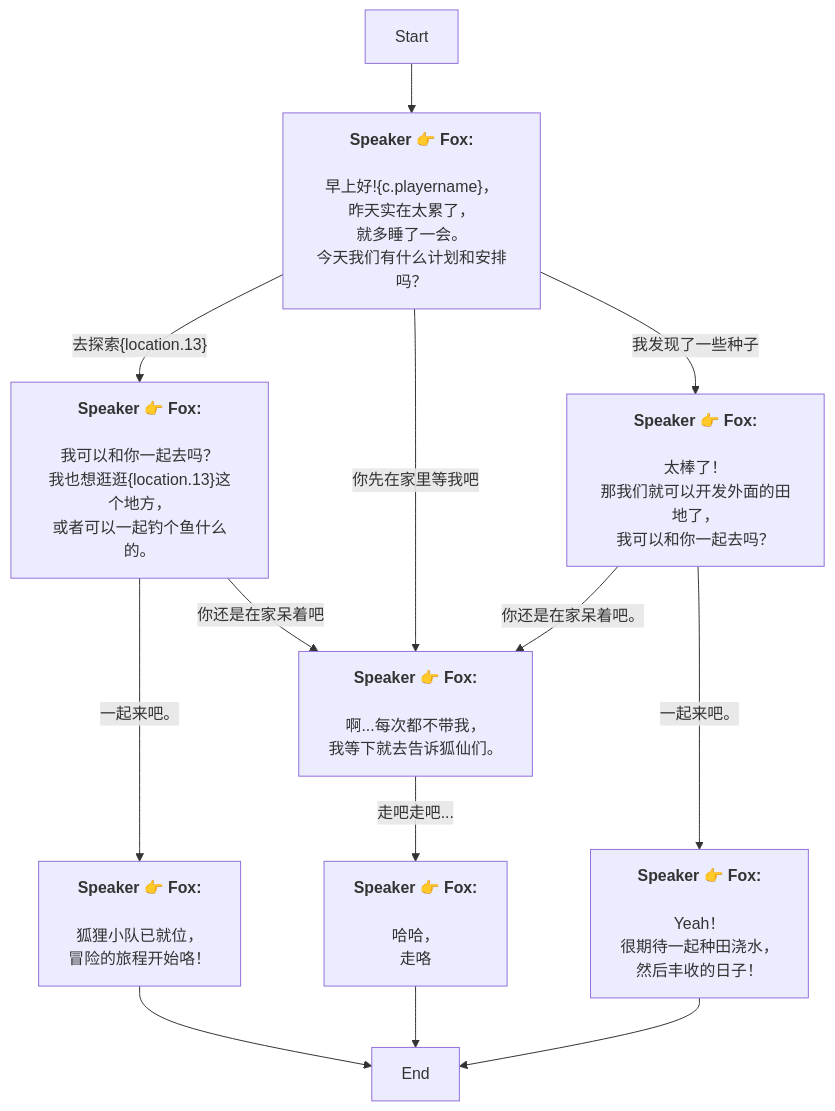
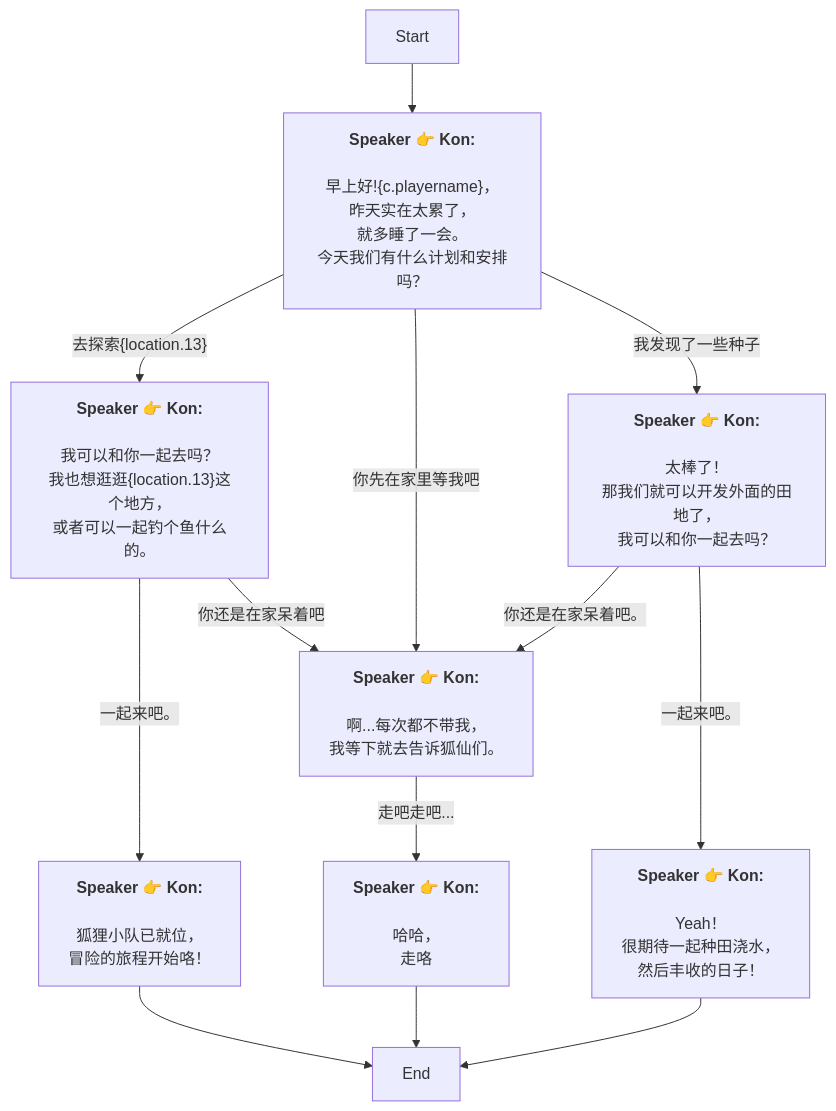
Before and after one commit to SoftHu/tos_avg: the diagram in Zh/QuestTalkObjectiveNode_1738535630978160.md, drawn with Mermaid. The commit also changed 730 other files, not shown here.

````diff
--- a/Zh/QuestTalkObjectiveNode_1738535630978160.md
+++ b/Zh/QuestTalkObjectiveNode_1738535630978160.md
@@ -1,38 +1,38 @@
 ```mermaid
 graph
-Start -->1738536455094394[<b>Speaker 👉 Fox:</b>
+Start -->1738536455094394[<b>Speaker 👉 Kon:</b>
 \n早上好!&lbrace;c.playername&rbrace;，
 昨天实在太累了，
 就多睡了一会。\n今天我们有什么计划和安排吗？]
-1738536455094394 -->|去探索&lbrace;location.13&rbrace;|1738537311769740[<b>Speaker 👉 Fox:</b>
+1738536455094394 -->|去探索&lbrace;location.13&rbrace;|1738537311769740[<b>Speaker 👉 Kon:</b>
 \n我可以和你一起去吗？
 我也想逛逛&lbrace;location.13&rbrace;这个地方，
 或者可以一起钓个鱼什么的。]
-1738536455094394 -->|你先在家里等我吧|1738536768908425[<b>Speaker 👉 Fox:</b>
+1738536455094394 -->|你先在家里等我吧|1738536768908425[<b>Speaker 👉 Kon:</b>
 \n啊...每次都不带我，
 我等下就去告诉狐仙们。]
-1738536455094394 -->|我发现了一些种子|1738536700192898[<b>Speaker 👉 Fox:</b>
+1738536455094394 -->|我发现了一些种子|1738536700192898[<b>Speaker 👉 Kon:</b>
 \n太棒了！
 那我们就可以开发外面的田地了，
 我可以和你一起去吗？]
-1738536700192898 -->|你还是在家呆着吧。|1738536768908425[<b>Speaker 👉 Fox:</b>
+1738536700192898 -->|你还是在家呆着吧。|1738536768908425[<b>Speaker 👉 Kon:</b>
 \n啊...每次都不带我，
 我等下就去告诉狐仙们。]
-1738536700192898 -->|一起来吧。|1738536759971976[<b>Speaker 👉 Fox:</b>
+1738536700192898 -->|一起来吧。|1738536759971976[<b>Speaker 👉 Kon:</b>
 \nYeah！
 很期待一起种田浇水，
 然后丰收的日子！]
 1738536759971976 -->1738536081685624[End]
-1738536768908425 -->|走吧走吧...|1751470531146036[<b>Speaker 👉 Fox:</b>
+1738536768908425 -->|走吧走吧...|1751470531146036[<b>Speaker 👉 Kon:</b>
 \n哈哈，
 走咯]
 1751470531146036 -->1738536081685624[End]
-1738537311769740 -->|一起来吧。|1738537387244689[<b>Speaker 👉 Fox:</b>
+1738537311769740 -->|一起来吧。|1738537387244689[<b>Speaker 👉 Kon:</b>
 \n狐狸小队已就位，
 冒险的旅程开始咯！]
-1738537311769740 -->|你还是在家呆着吧|1738536768908425[<b>Speaker 👉 Fox:</b>
+1738537311769740 -->|你还是在家呆着吧|1738536768908425[<b>Speaker 👉 Kon:</b>
 \n啊...每次都不带我，
 我等下就去告诉狐仙们。]
 1738537387244689 -->1738536081685624[End]
 
 ```
````
